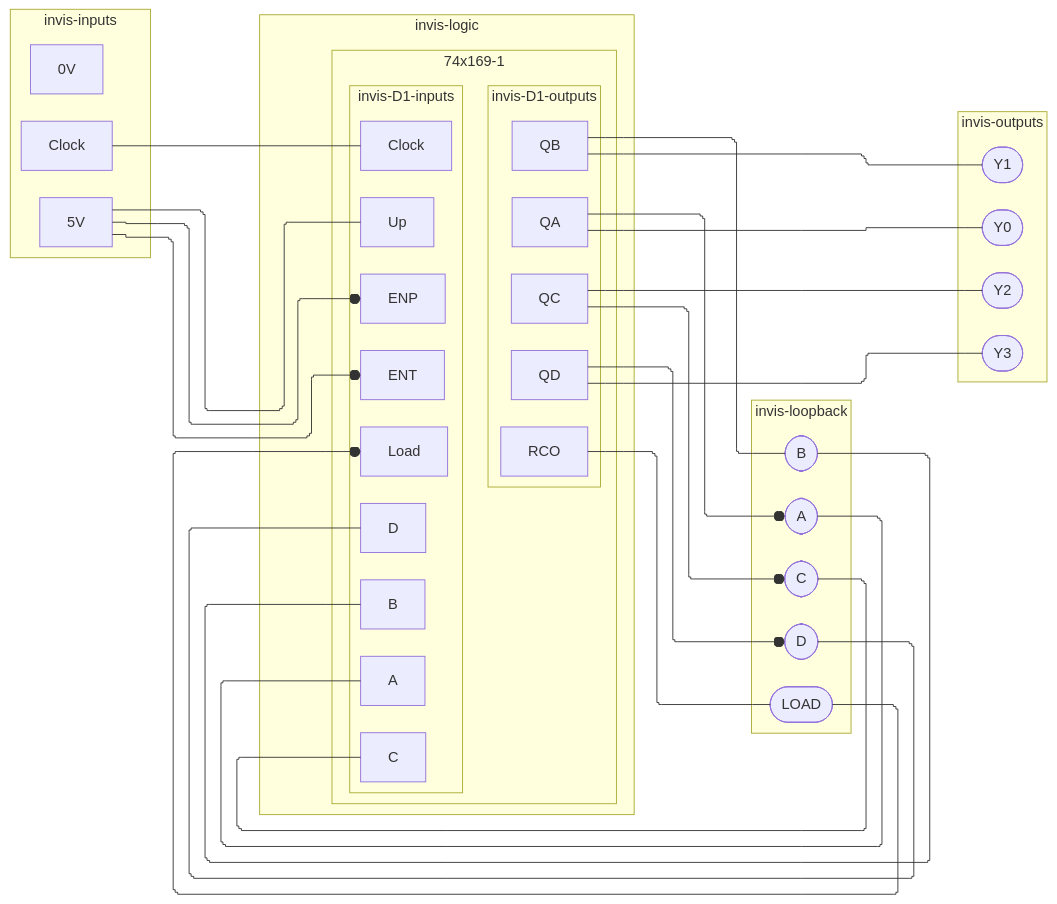
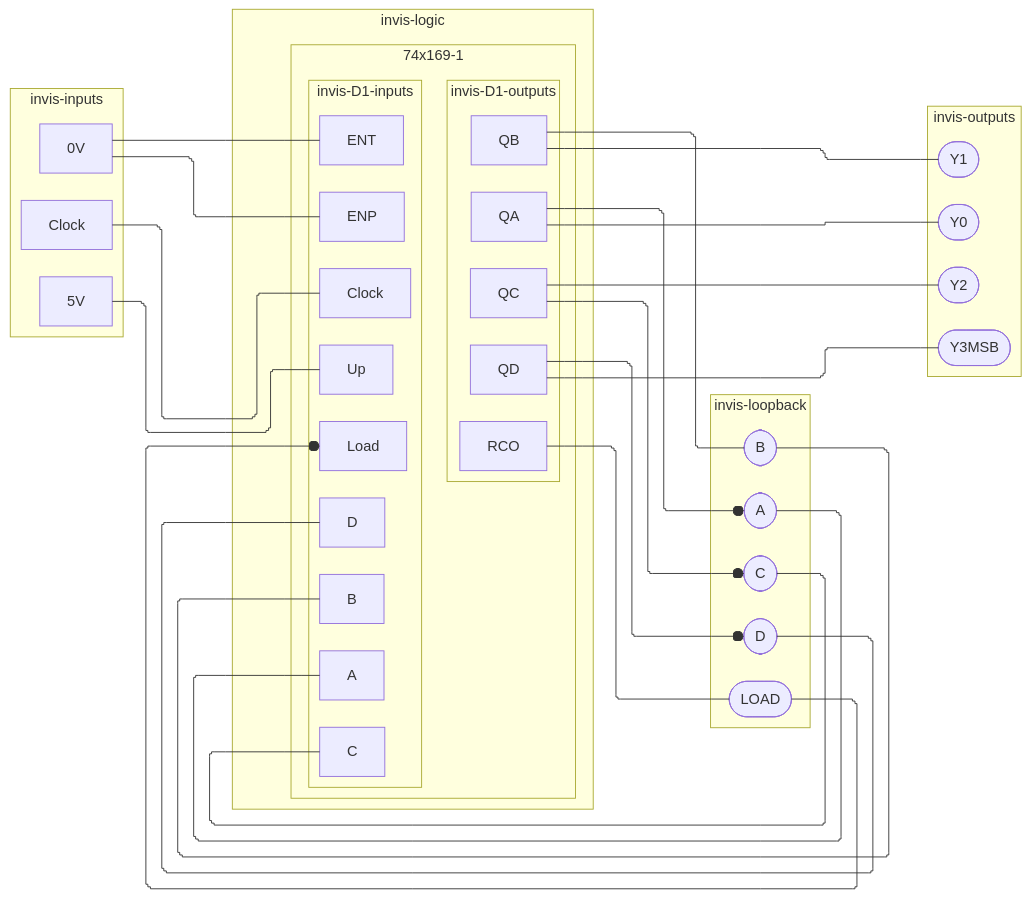
The eighth of 8 diagrams in CSDS 281 - Logic Design/HW/8/Tables.md (tnichols217/notes), drawn with Mermaid before and after one commit.

Commit message:
vault backup: 2024-04-05 07:58:16

````diff
--- a/CSDS 281 - Logic Design/HW/8/Tables.md
+++ b/CSDS 281 - Logic Design/HW/8/Tables.md
@@ -408,54 +408,54 @@
 ```mermaid
 %%{ init: { 'flowchart': { 'curve': 'stepBefore', "defaultRenderer": "elk" } } }%%
 flowchart LR
 subgraph invis-inputs
 	Clock
 	5V
 	0V
 end
 subgraph invis-logic
 	subgraph 74x169-1
 		subgraph invis-D1-inputs
 			D1c[Clock]
 			D1UP[Up]
 			D1LD[Load]
 			D1ENP[ENP]
 			D1ENT[ENT]
 			D1A[A]
 			D1B[B]
 			D1C[C]
 			D1D[D]
 		end
 		Clock --- D1c
 		subgraph invis-D1-outputs
 			Q1A[QA]
 			Q1B[QB]
 			Q1C[QC]
 			Q1D[QD]
 			Q1RCO[RCO]
 		end
 		invis-D1-inputs ~~~ invis-D1-outputs
 	end
 	5V --- D1UP
-	5V ---o D1ENT & D1ENP
+	0V --- D1ENT & D1ENP
 end
 subgraph invis-loopback
 	Q1RCO --- LOAD([LOAD])
 	LOAD ---o D1LD
 	Q1A ---o LOADA([A])
 	Q1B --- LOADB([B])
 	Q1C ---o LOADC([C])
 	Q1D ---o LOADD([D])
 	LOADA --- D1A
 	LOADB --- D1B
 	LOADC --- D1C
 	LOADD --- D1D
 end
 subgraph invis-outputs
 		Q1A --- Y0([Y0])
 		Q1B --- Y1([Y1])
 		Q1C --- Y2([Y2])
-		Q1D --- Y3([Y3])
+		Q1D --- Y3([Y3MSB])
 end
 invis-inputs ~~~ invis-logic ~~~ invis-loopback ~~~ invis-outputs
 ```
````
